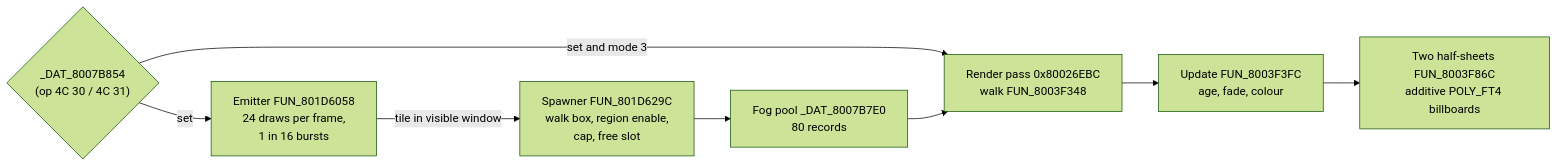
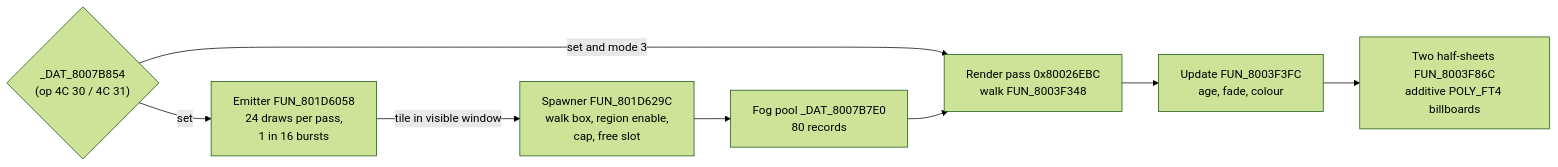
The third of 3 diagrams in docs/subsystems/field-ambient-fx.md (AndrewAltimit/legend-of-legaia-re), drawn with Mermaid (forest theme) before and after one commit. The commit also changed other lines of this file and 155 other files, not shown here.

````diff
--- a/docs/subsystems/field-ambient-fx.md
+++ b/docs/subsystems/field-ambient-fx.md
@@ -662,10 +662,10 @@
 ```mermaid
 flowchart LR
-    gate{"_DAT_8007B854<br/>(op 4C 30 / 4C 31)"} -->|set| emit["Emitter FUN_801D6058<br/>24 draws per frame,<br/>1 in 16 bursts"]
+    gate{"_DAT_8007B854<br/>(op 4C 30 / 4C 31)"} -->|set| emit["Emitter FUN_801D6058<br/>24 draws per pass,<br/>1 in 16 bursts"]
     emit -->|"tile in visible window"| spawn["Spawner FUN_801D629C<br/>walk box, region enable,<br/>cap, free slot"]
     spawn --> pool["Fog pool _DAT_8007B7E0<br/>80 records"]
     gate -->|"set and mode 3"| walk["Render pass 0x80026EBC<br/>walk FUN_8003F348"]
     pool --> walk
     walk --> upd["Update FUN_8003F3FC<br/>age, fade, colour"]
     upd --> half["Two half-sheets FUN_8003F86C<br/>additive POLY_FT4 billboards"]
 ```
````
